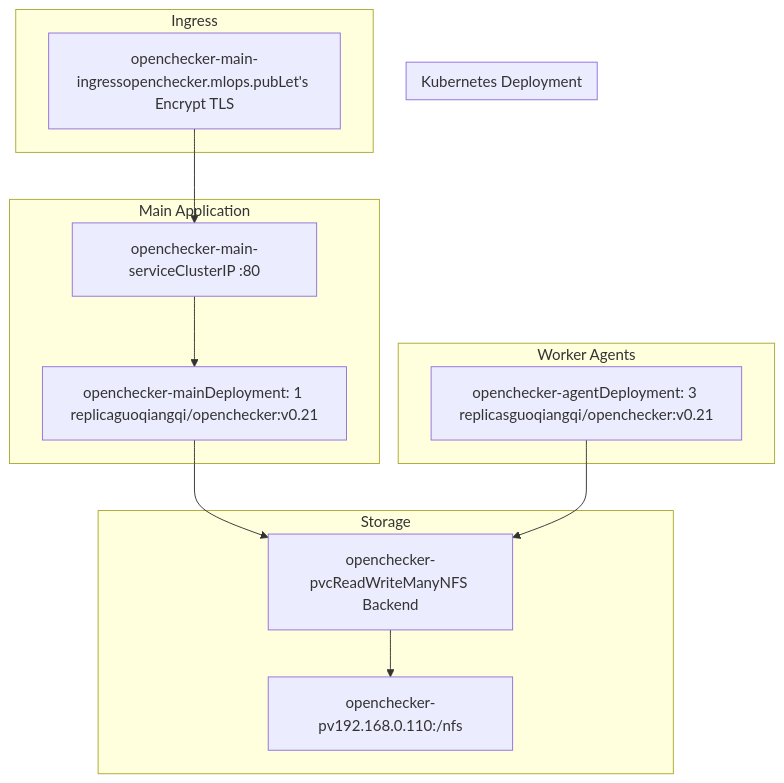
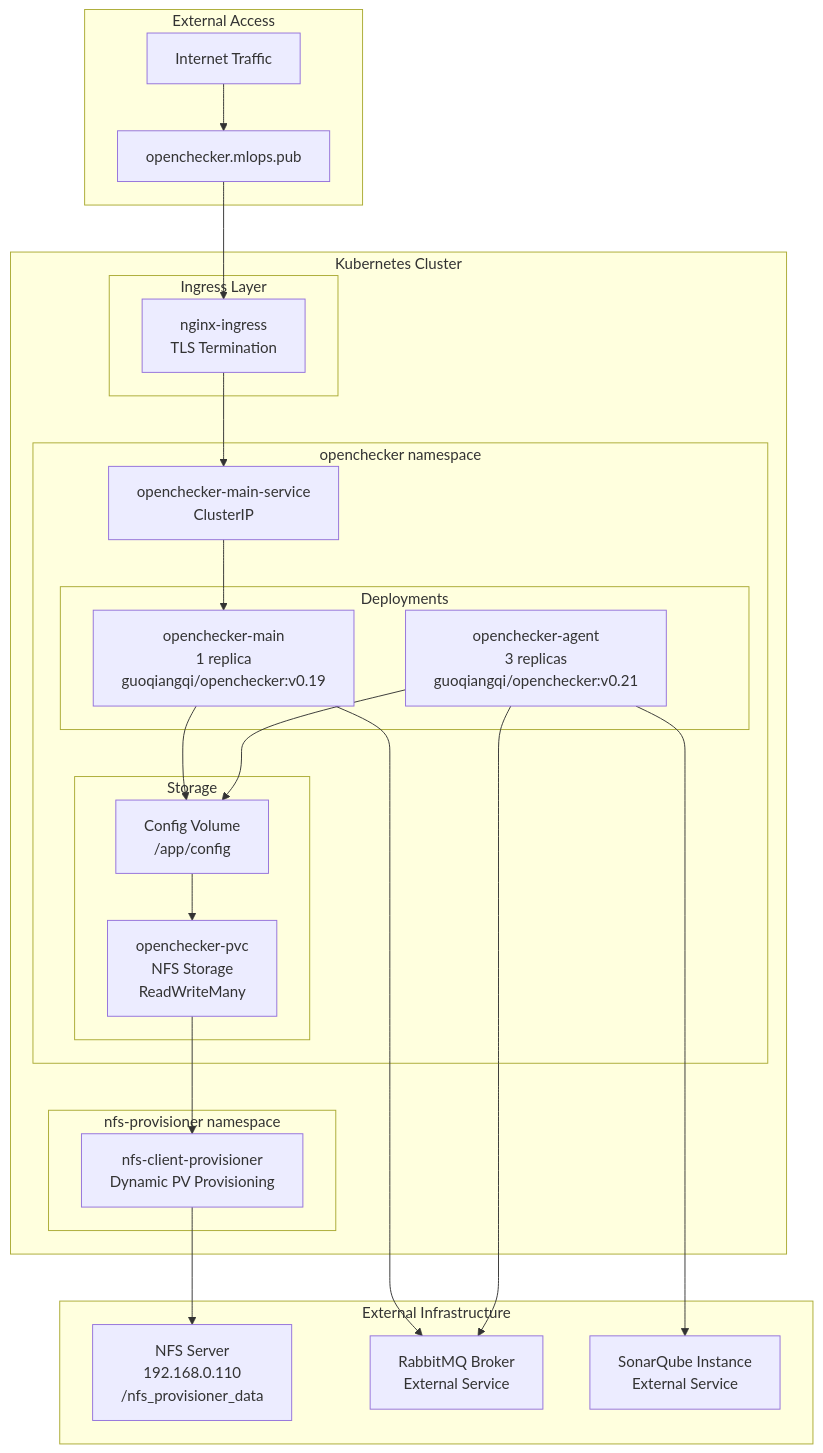
The third of 3 diagrams in docs/wiki/Overview.md (chenyx2012/openchecker), drawn with Mermaid before and after one commit. The commit also changed other lines of this file and 45 other files, not shown here.

````diff
--- a/docs/wiki/Overview.md
+++ b/docs/wiki/Overview.md
@@ -262,36 +265,65 @@
 ```mermaid
 flowchart TD
 
-IngressCtrl["openchecker-main-ingressopenchecker.mlops.pubLet's Encrypt TLS"]
-MainService["openchecker-main-serviceClusterIP :80"]
-MainDeploy["openchecker-mainDeployment: 1 replicaguoqiangqi/openchecker:v0.21"]
-PVC["openchecker-pvcReadWriteManyNFS Backend"]
-AgentDeploy["openchecker-agentDeployment: 3 replicasguoqiangqi/openchecker:v0.21"]
-PV["openchecker-pv192.168.0.110:/nfs"]
+Internet["Internet Traffic"]
+Domain["openchecker.mlops.pub"]
+NginxIngress["nginx-ingress<br>TLS Termination"]
+MainService["openchecker-main-service<br>ClusterIP"]
+MainDeploy["openchecker-main<br>1 replica<br>guoqiangqi/openchecker:v0.19"]
+AgentDeploy["openchecker-agent<br>3 replicas<br>guoqiangqi/openchecker:v0.21"]
+PVC["openchecker-pvc<br>NFS Storage<br>ReadWriteMany"]
+ConfigVol["Config Volume<br>/app/config"]
+NFSProvisioner["nfs-client-provisioner<br>Dynamic PV Provisioning"]
+NFSServer["NFS Server<br>192.168.0.110<br>/nfs_provisioner_data"]
+RabbitMQ["RabbitMQ Broker<br>External Service"]
+SonarQube["SonarQube Instance<br>External Service"]
 
-    IngressCtrl --> MainService
-    MainDeploy --> PVC
-    AgentDeploy --> PVC
-subgraph Kubernetes_Deployment ["Kubernetes Deployment"]
+Domain --> NginxIngress
+NFSProvisioner --> NFSServer
+MainDeploy --> RabbitMQ
+AgentDeploy --> RabbitMQ
+AgentDeploy --> SonarQube
+
+subgraph External_Infrastructure ["External Infrastructure"]
+    NFSServer
+    RabbitMQ
+    SonarQube
 end
 
-subgraph Ingress ["Ingress"]
-    IngressCtrl
+subgraph Kubernetes_Cluster ["Kubernetes Cluster"]
+    NginxIngress --> MainService
+    PVC --> NFSProvisioner
+
+subgraph nfs_provisioner_namespace ["nfs-provisioner namespace"]
+    NFSProvisioner
 end
+
+subgraph openchecker_namespace ["openchecker namespace"]
+    MainService
+    MainService --> MainDeploy
+    MainDeploy --> ConfigVol
+    AgentDeploy --> ConfigVol
 
 subgraph Storage ["Storage"]
     PVC
-    PV
-    PVC --> PV
+    ConfigVol
+    ConfigVol --> PVC
 end
 
-subgraph Worker_Agents ["Worker Agents"]
+subgraph Deployments ["Deployments"]
+    MainDeploy
     AgentDeploy
 end
+end
 
-subgraph Main_Application ["Main Application"]
-    MainService
-    MainDeploy
-    MainService --> MainDeploy
+subgraph Ingress_Layer ["Ingress Layer"]
+    NginxIngress
+end
+end
+
+subgraph External_Access ["External Access"]
+    Internet
+    Domain
+    Internet --> Domain
 end
 ```
````
